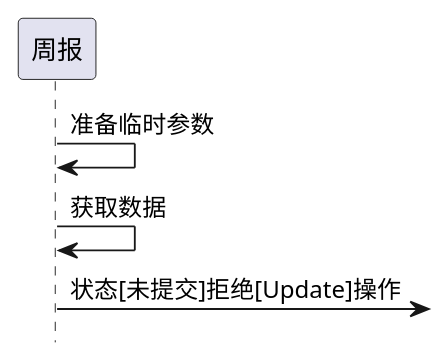
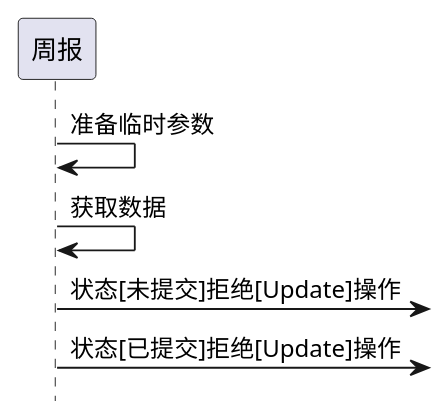
The first of 2 diagrams in ibizpms-docs/src/main/doc/v1/module/report/IbzWeekly_old.md (zj335841911/nt_chandao), drawn with PlantUML before and after one commit. The commit also changed other lines of this file and 26 other files, not shown here.

```diff
--- a/ibizpms-docs/src/main/doc/v1/module/report/IbzWeekly_old.md
+++ b/ibizpms-docs/src/main/doc/v1/module/report/IbzWeekly_old.md
@@ -92,7 +93,8 @@
 {% plantuml %}
 hide footbox
 
 周报 -> 周报: 准备临时参数
 周报 -> 周报: 获取数据
 周报 -> : 状态[未提交]拒绝[Update]操作
+周报 -> : 状态[已提交]拒绝[Update]操作
 {% endplantuml %}
```
